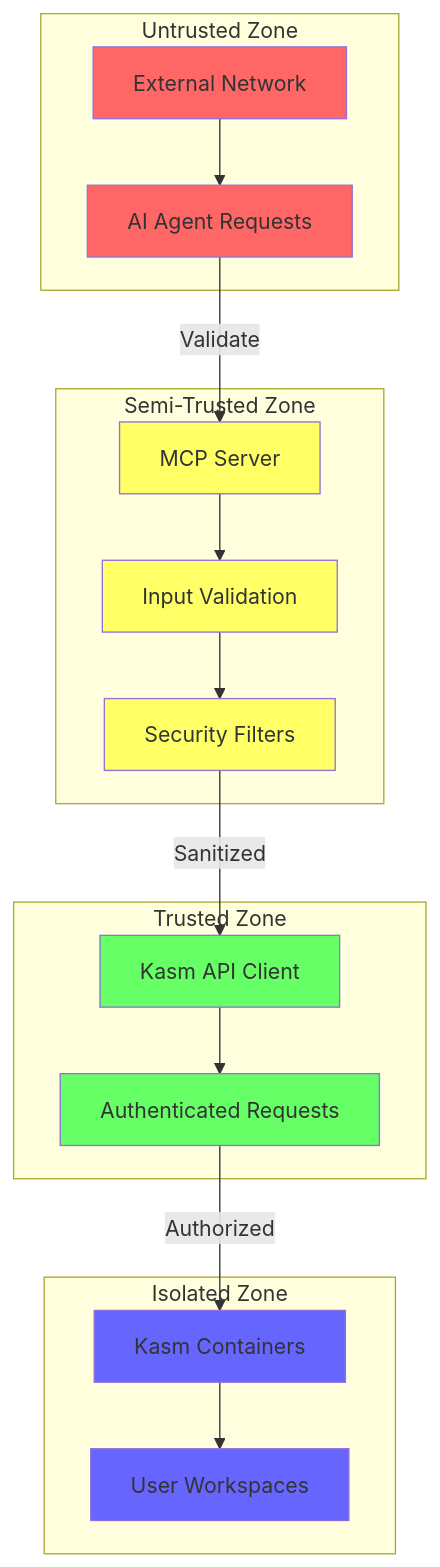
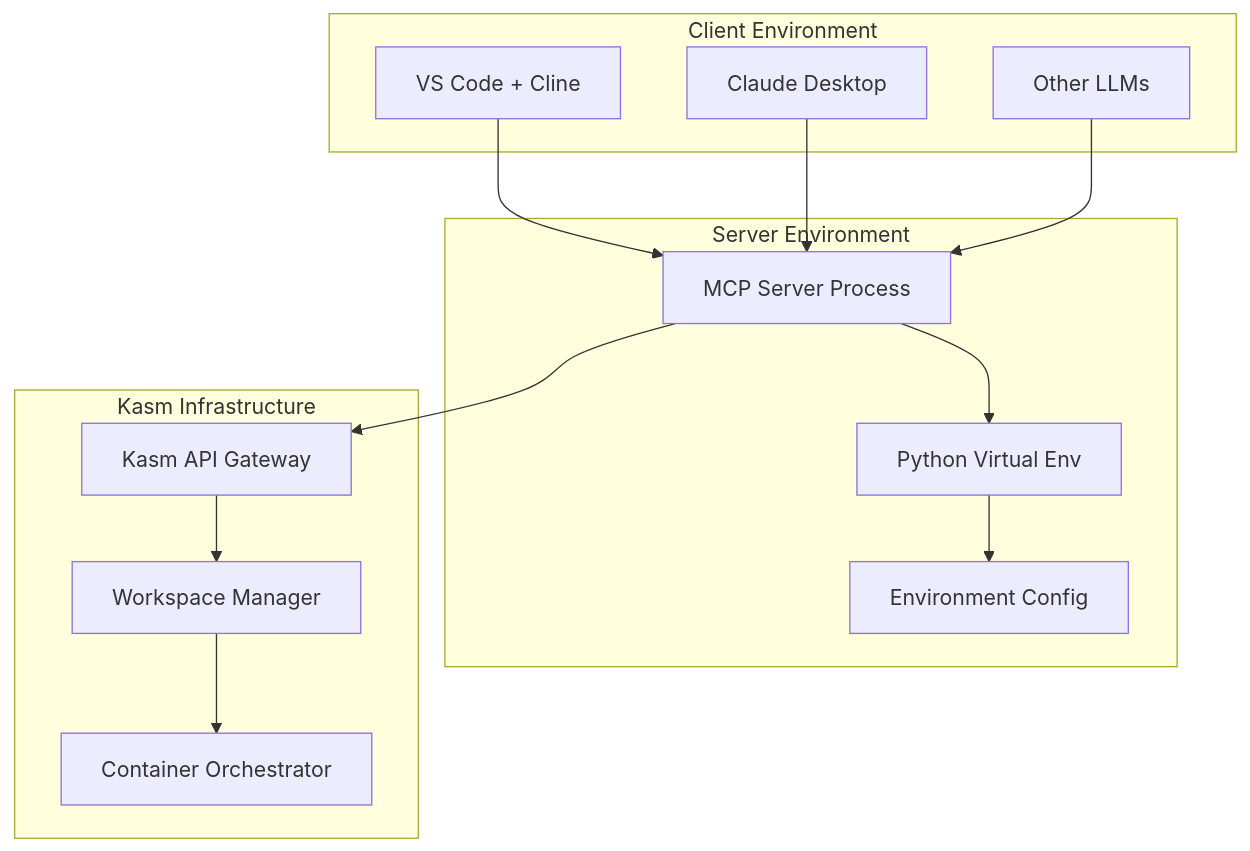
Before and after one commit to roguedev-ai/kasm-mcp-server-v2: the fourth of 4 diagrams in ARCHITECTURE.md, drawn with Mermaid. The commit also changed other lines of this file and 6 other files, not shown here.

First line of the commit message:
Add kasm-mcp-server-v2 project directory

````diff
--- a/ARCHITECTURE.md
+++ b/ARCHITECTURE.md
@@ -240,42 +302,29 @@
 ```mermaid
 graph TB
-    subgraph "Untrusted Zone"
-        A[External Network]
-        B[AI Agent Requests]
+    subgraph "Client Environment"
+        A[VS Code + Cline]
+        B[Claude Desktop]
+        C[Other LLMs]
     end
     
-    subgraph "Semi-Trusted Zone"
-        C[MCP Server]
-        D[Input Validation]
-        E[Security Filters]
+    subgraph "Server Environment"
+        D[MCP Server Process]
+        E[Python Virtual Env]
+        F[Environment Config]
     end
     
-    subgraph "Trusted Zone"
-        F[Kasm API Client]
-        G[Authenticated Requests]
+    subgraph "Kasm Infrastructure"
+        G[Kasm API Gateway]
+        H[Workspace Manager]
+        I[Container Orchestrator]
     end
     
-    subgraph "Isolated Zone"
-        H[Kasm Containers]
-        I[User Workspaces]
-    end
-    
-    A --> B
-    B -->|Validate| C
+    A --> D
+    B --> D
     C --> D
     D --> E
-    E -->|Sanitized| F
-    F --> G
-    G -->|Authorized| H
+    E --> F
+    D --> G
+    G --> H
     H --> I
-    
-    style A fill:#ff6666
-    style B fill:#ff6666
-    style C fill:#ffff66
-    style D fill:#ffff66
-    style E fill:#ffff66
-    style F fill:#66ff66
-    style G fill:#66ff66
-    style H fill:#6666ff
-    style I fill:#6666ff
 ```
````
